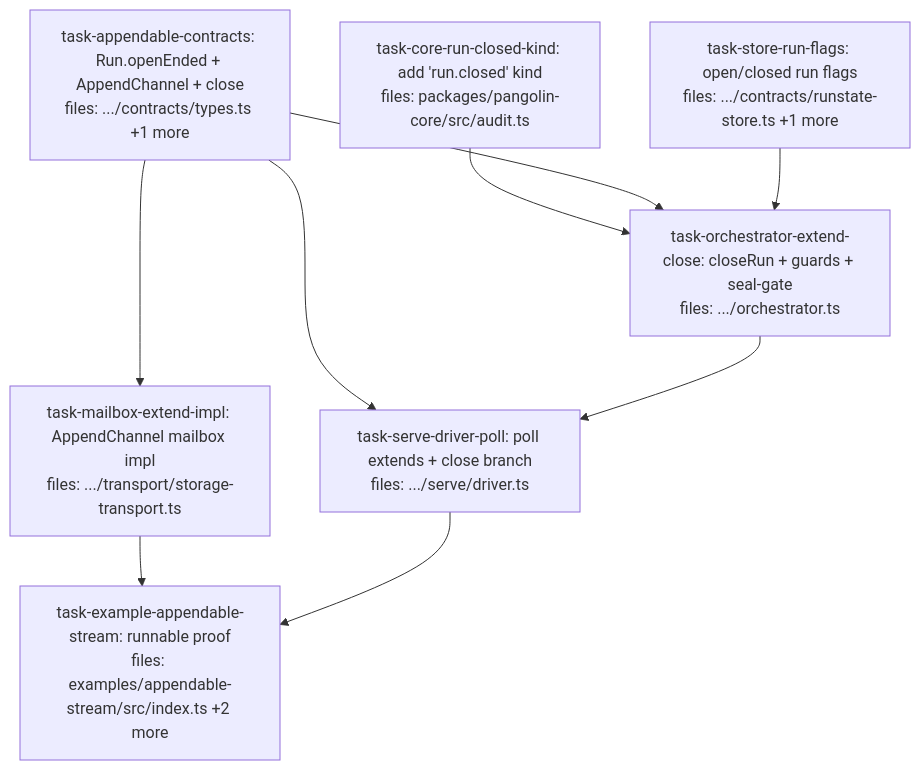
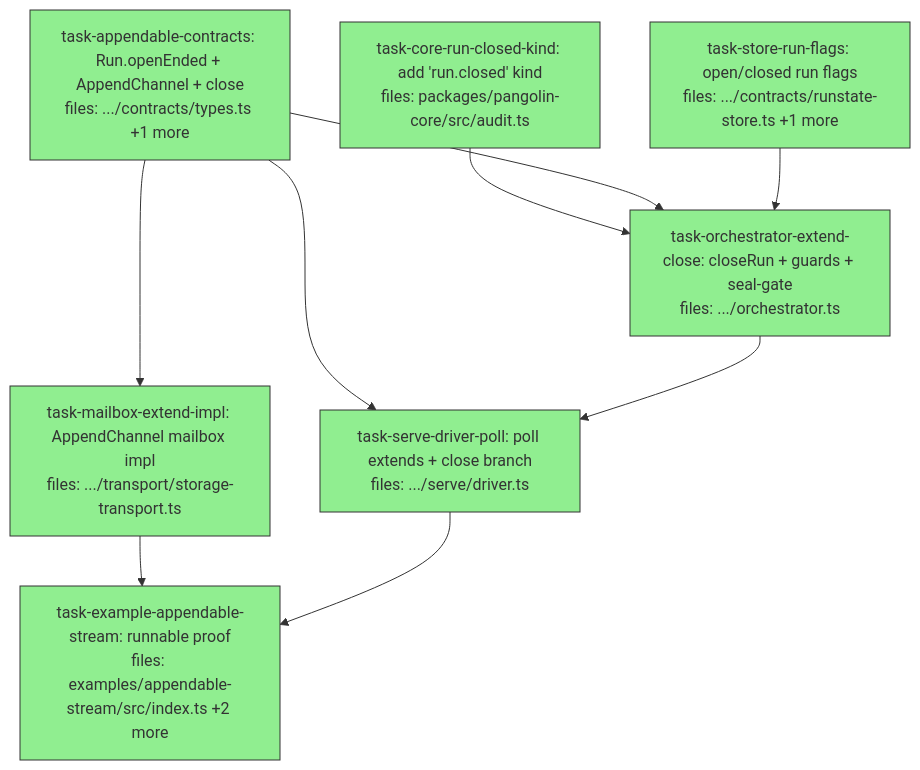
The diagram in docs/superpowers/plans/2026-06-25-appendable-submission-dag.md (QuarrySystems/pangolin), drawn with Mermaid before and after one commit. The commit also changed other lines of this file, not shown here.

First line of the commit message:
chore(plan): mark appendable-submission DAG complete (7/7 done)

````diff
--- a/docs/superpowers/plans/2026-06-25-appendable-submission-dag.md
+++ b/docs/superpowers/plans/2026-06-25-appendable-submission-dag.md
@@ -6,25 +6,25 @@
 ```mermaid
 flowchart TD
-    task-core-run-closed-kind["task-core-run-closed-kind: add 'run.closed' kind<br/>files: packages/pangolin-core/src/audit.ts"]
-    task-appendable-contracts["task-appendable-contracts: Run.openEnded + AppendChannel + close<br/>files: .../contracts/types.ts +1 more"]
-    task-store-run-flags["task-store-run-flags: open/closed run flags<br/>files: .../contracts/runstate-store.ts +1 more"]
-    task-orchestrator-extend-close["task-orchestrator-extend-close: closeRun + guards + seal-gate<br/>files: .../orchestrator.ts"]
-    task-mailbox-extend-impl["task-mailbox-extend-impl: AppendChannel mailbox impl<br/>files: .../transport/storage-transport.ts"]
-    task-serve-driver-poll["task-serve-driver-poll: poll extends + close branch<br/>files: .../serve/driver.ts"]
-    task-example-appendable-stream["task-example-appendable-stream: runnable proof<br/>files: examples/appendable-stream/src/index.ts +2 more"]
+    task-core-run-closed-kind["task-core-run-closed-kind: add 'run.closed' kind<br/>files: packages/pangolin-core/src/audit.ts"]:::done
+    task-appendable-contracts["task-appendable-contracts: Run.openEnded + AppendChannel + close<br/>files: .../contracts/types.ts +1 more"]:::done
+    task-store-run-flags["task-store-run-flags: open/closed run flags<br/>files: .../contracts/runstate-store.ts +1 more"]:::done
+    task-orchestrator-extend-close["task-orchestrator-extend-close: closeRun + guards + seal-gate<br/>files: .../orchestrator.ts"]:::done
+    task-mailbox-extend-impl["task-mailbox-extend-impl: AppendChannel mailbox impl<br/>files: .../transport/storage-transport.ts"]:::done
+    task-serve-driver-poll["task-serve-driver-poll: poll extends + close branch<br/>files: .../serve/driver.ts"]:::done
+    task-example-appendable-stream["task-example-appendable-stream: runnable proof<br/>files: examples/appendable-stream/src/index.ts +2 more"]:::done
 
     task-core-run-closed-kind --> task-orchestrator-extend-close
     task-appendable-contracts --> task-orchestrator-extend-close
     task-store-run-flags --> task-orchestrator-extend-close
     task-appendable-contracts --> task-mailbox-extend-impl
     task-appendable-contracts --> task-serve-driver-poll
     task-orchestrator-extend-close --> task-serve-driver-poll
     task-mailbox-extend-impl --> task-example-appendable-stream
     task-serve-driver-poll --> task-example-appendable-stream
 
     classDef done fill:#90ee90,stroke:#333
     classDef ready fill:#fffacd,stroke:#333
     classDef running fill:#87ceeb,stroke:#333
     classDef failed fill:#ffb6c1,stroke:#333
     classDef skipped fill:#d3d3d3,stroke:#333,stroke-dasharray: 5 5
 ```
````
